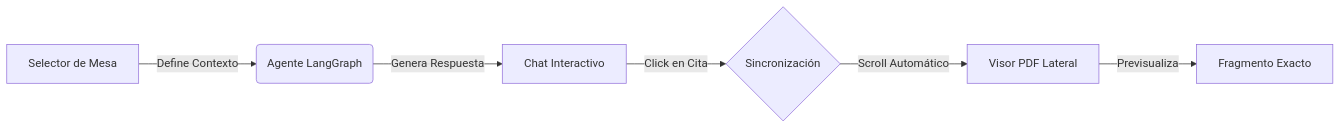
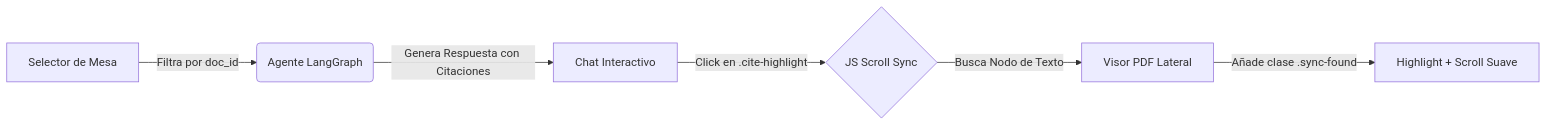
The fifth of 5 diagrams in README.md (FerPaye01/LegalGuard-RAG), drawn with Mermaid before and after one commit. The commit also changed other lines of this file, not shown here.

Commit message:
docs: refinamiento técnico profundo de hitos 7-8 con campos clave y lógica core

````diff
--- a/README.md
+++ b/README.md
@@ -698,8 +700,8 @@
 ```mermaid
 flowchart LR
-    A[Selector de Mesa] -->|Define Contexto| B(Agente LangGraph)
-    B -->|Genera Respuesta| C[Chat Interactivo]
-    C -->|Click en Cita| D{Sincronización}
-    D -->|Scroll Automático| E[Visor PDF Lateral]
-    E -->|Previsualiza| F[Fragmento Exacto]
+    A[Selector de Mesa] -->|Filtra por doc_id| B(Agente LangGraph)
+    B -->|Genera Respuesta con Citaciones| C[Chat Interactivo]
+    C -->|Click en .cite-highlight| D{JS Scroll Sync}
+    D -->|Busca Nodo de Texto| E[Visor PDF Lateral]
+    E -->|Añade clase .sync-found| F[Highlight + Scroll Suave]
 ```
````
